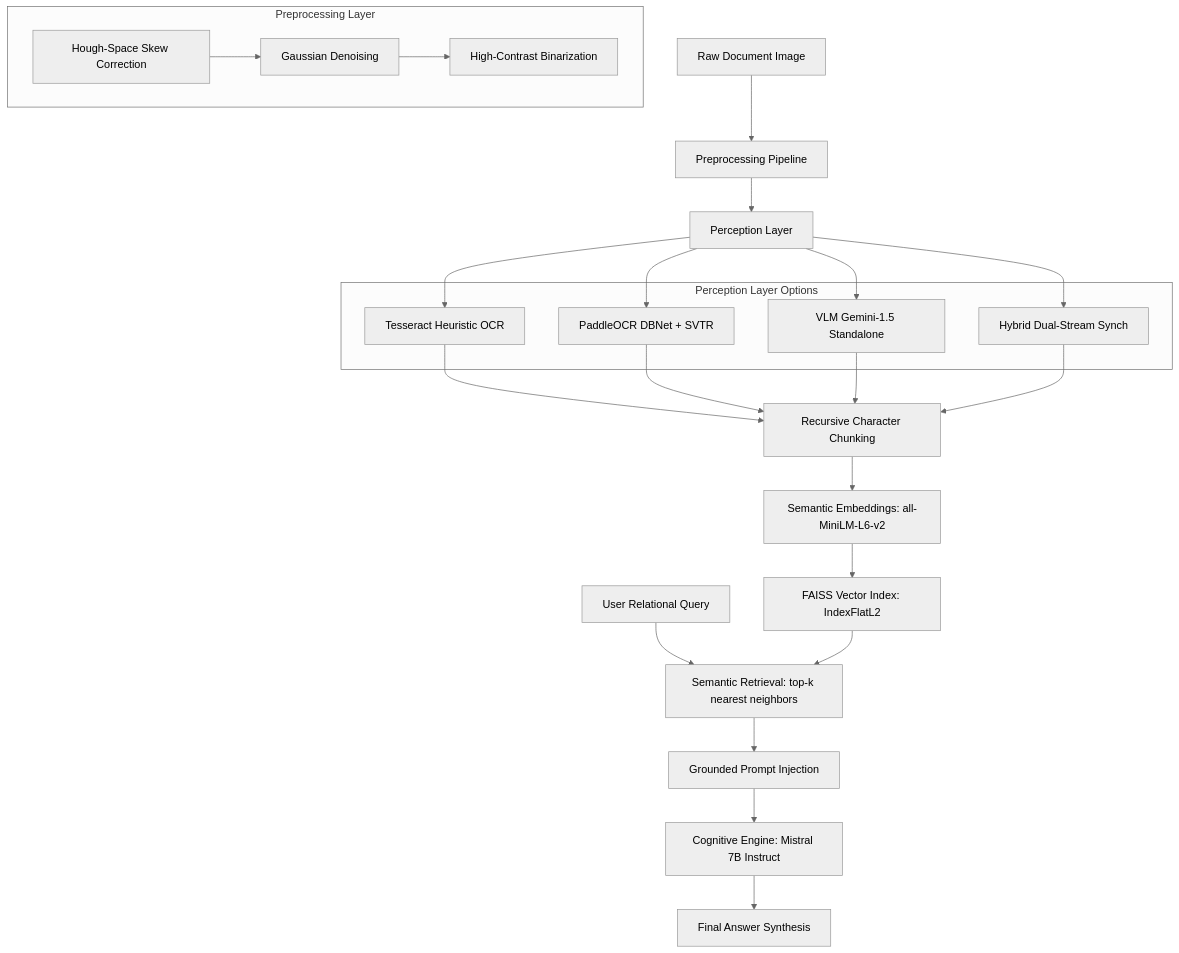
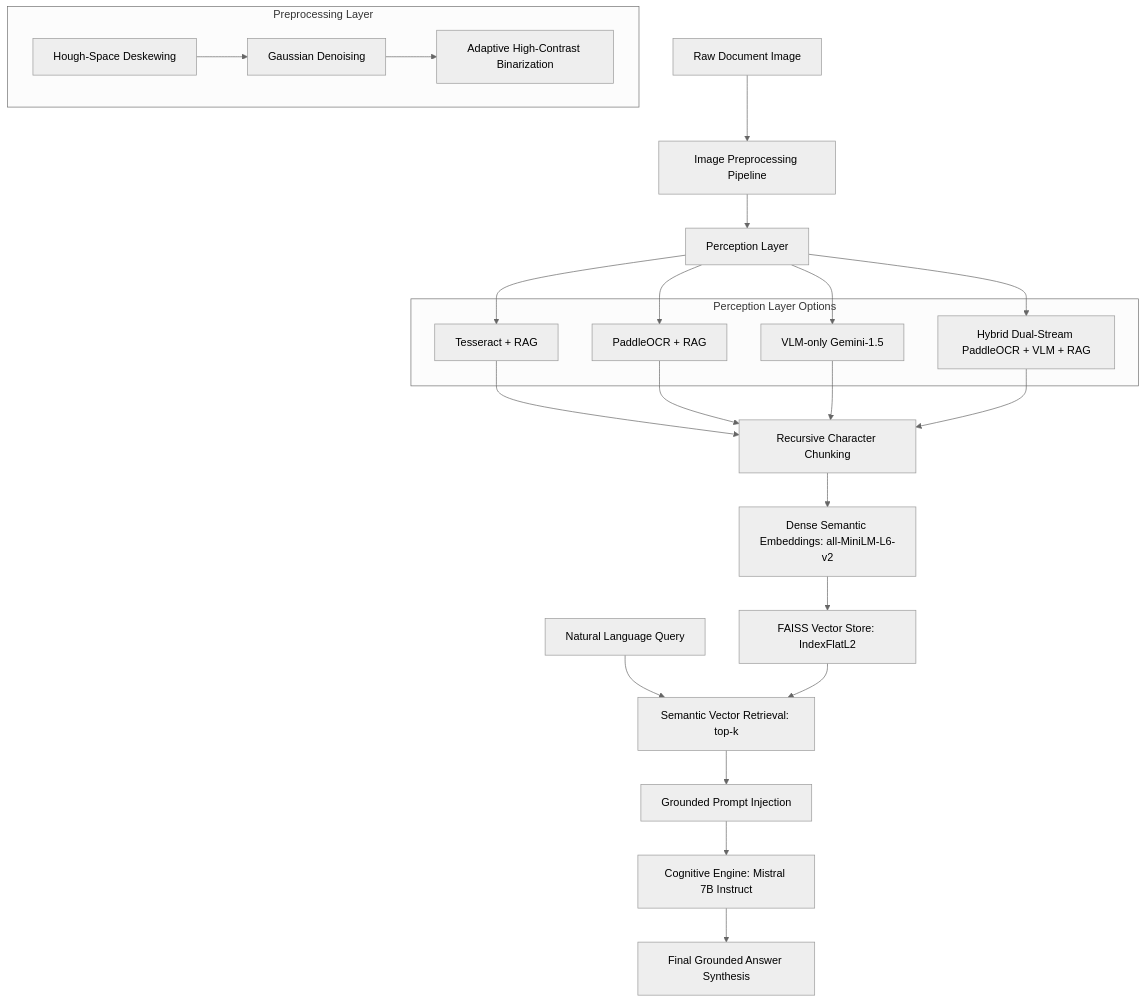
One commit to DESMOND135/DOCVQA-RAG-PERCEPTION-BENCHMARK changed the diagram in README.md. Above: the diagram before and after it, drawn with Mermaid (neutral theme). The commit also changed other lines of this file and 6 other files, not shown here.

````diff
--- a/README.md
+++ b/README.md
@@ -40,28 +38,28 @@
 ```mermaid
 graph TD
-    A[Raw Document Image] --> B[Preprocessing Pipeline]
+    A[Raw Document Image] --> B[Image Preprocessing Pipeline]
     B --> C[Perception Layer]
     
     subgraph "Preprocessing Layer"
-        B1[Hough-Space Skew Correction] --> B2[Gaussian Denoising]
-        B2 --> B3[High-Contrast Binarization]
+        B1[Hough-Space Deskewing] --> B2[Gaussian Denoising]
+        B2 --> B3[Adaptive High-Contrast Binarization]
     end
     
     subgraph "Perception Layer Options"
-        C1[Tesseract Heuristic OCR]
-        C2[PaddleOCR DBNet + SVTR]
-        C3[VLM Gemini-1.5 Standalone]
-        C4[Hybrid Dual-Stream Synch]
+        C1[Tesseract + RAG]
+        C2[PaddleOCR + RAG]
+        C3[VLM-only Gemini-1.5]
+        C4[Hybrid Dual-Stream PaddleOCR + VLM + RAG]
     end
     
     C --> C1 & C2 & C3 & C4
     
     C1 & C2 & C3 & C4 --> D[Recursive Character Chunking]
-    D --> E[Semantic Embeddings: all-MiniLM-L6-v2]
-    E --> F[FAISS Vector Index: IndexFlatL2]
-    G[User Relational Query] --> H[Semantic Retrieval: top-k nearest neighbors]
+    D --> E[Dense Semantic Embeddings: all-MiniLM-L6-v2]
+    E --> F[FAISS Vector Store: IndexFlatL2]
+    G[Natural Language Query] --> H[Semantic Vector Retrieval: top-k]
     F --> H
     H --> I[Grounded Prompt Injection]
     I --> J[Cognitive Engine: Mistral 7B Instruct]
-    J --> K[Final Answer Synthesis]
+    J --> K[Final Grounded Answer Synthesis]
 ```
````
